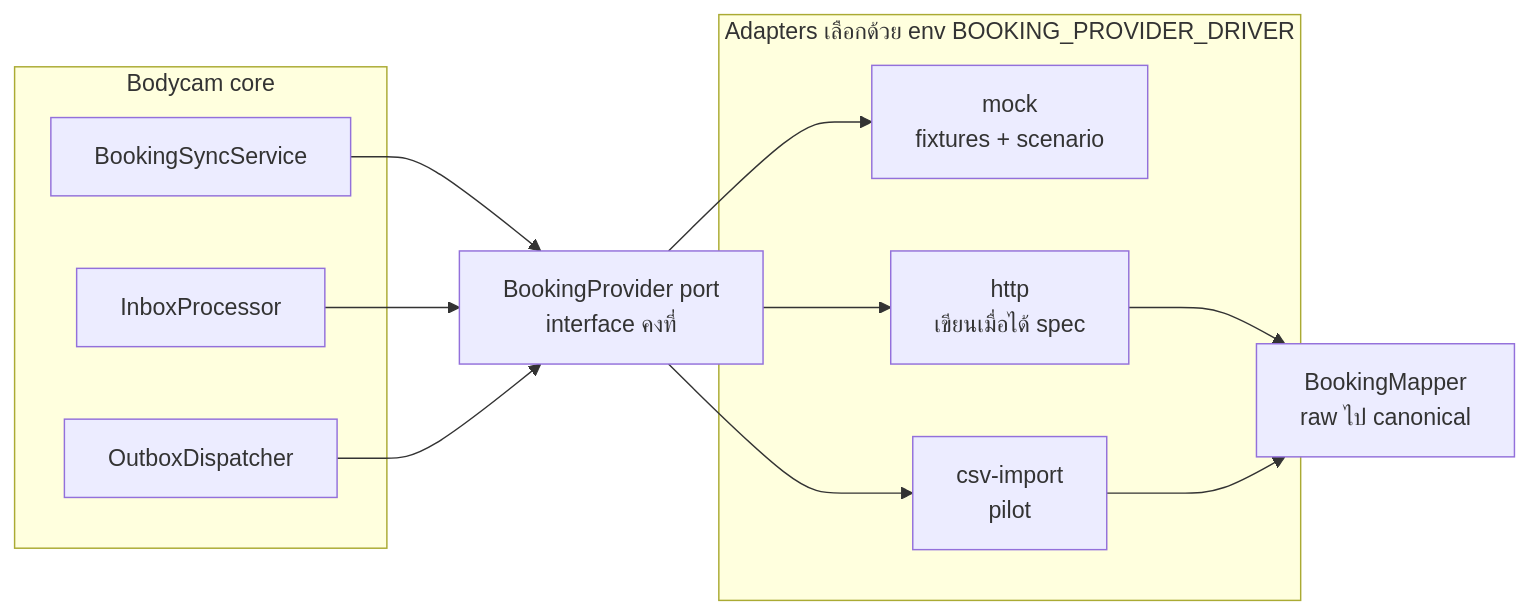
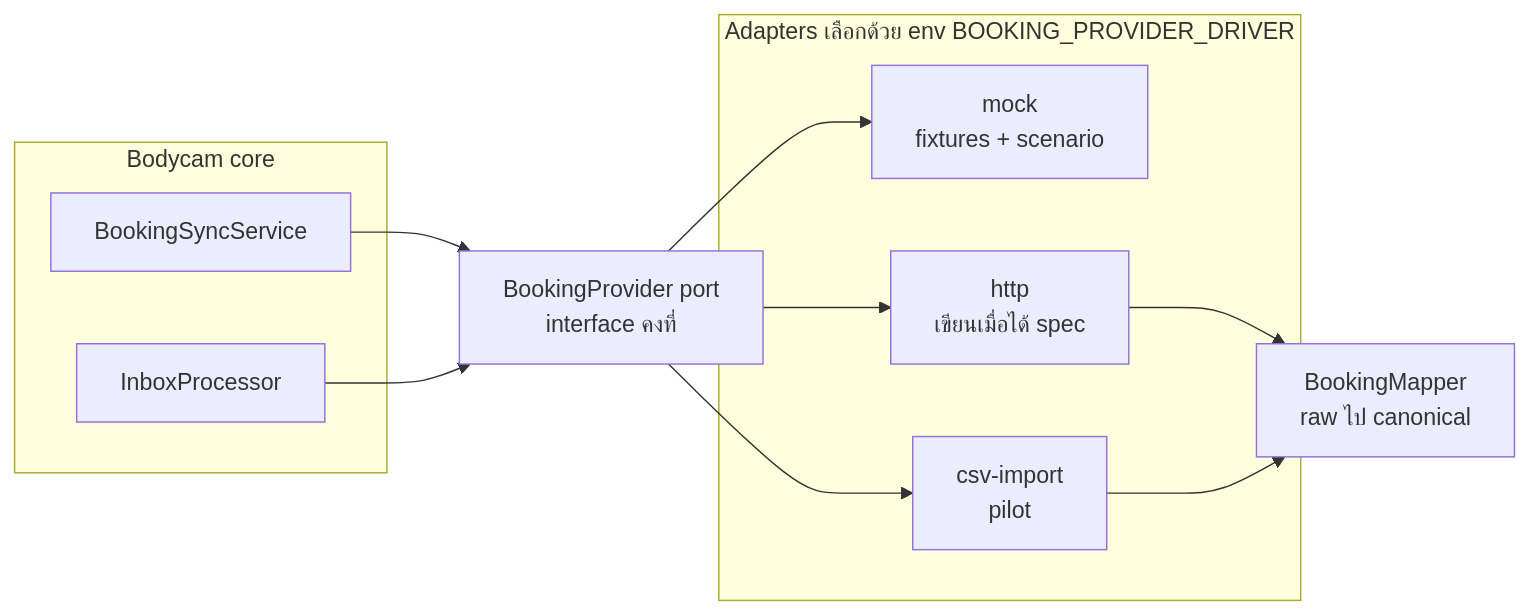
The diagram in docs/blueprint/07-integration-strategy.md (b-werayut/psd-bodycam-v1.0), drawn with Mermaid before and after one commit. The commit also changed other lines of this file and 304 other files, not shown here.

````diff
--- a/docs/blueprint/07-integration-strategy.md
+++ b/docs/blueprint/07-integration-strategy.md
@@ -46,21 +73,19 @@
 ```mermaid
 flowchart LR
   subgraph Core["Bodycam core"]
     SYNC["BookingSyncService"]
     PROC["InboxProcessor"]
-    DISP["OutboxDispatcher"]
   end
   PORT["BookingProvider port<br/>interface คงที่"]
   subgraph Adapters["Adapters เลือกด้วย env BOOKING_PROVIDER_DRIVER"]
     MOCK["mock<br/>fixtures + scenario"]
     HTTP["http<br/>เขียนเมื่อได้ spec"]
     CSV["csv-import<br/>pilot"]
   end
   MAP["BookingMapper<br/>raw ไป canonical"]
   SYNC --> PORT
   PROC --> PORT
-  DISP --> PORT
   PORT --> MOCK & HTTP & CSV
   HTTP --> MAP
   CSV --> MAP
 ```
````
